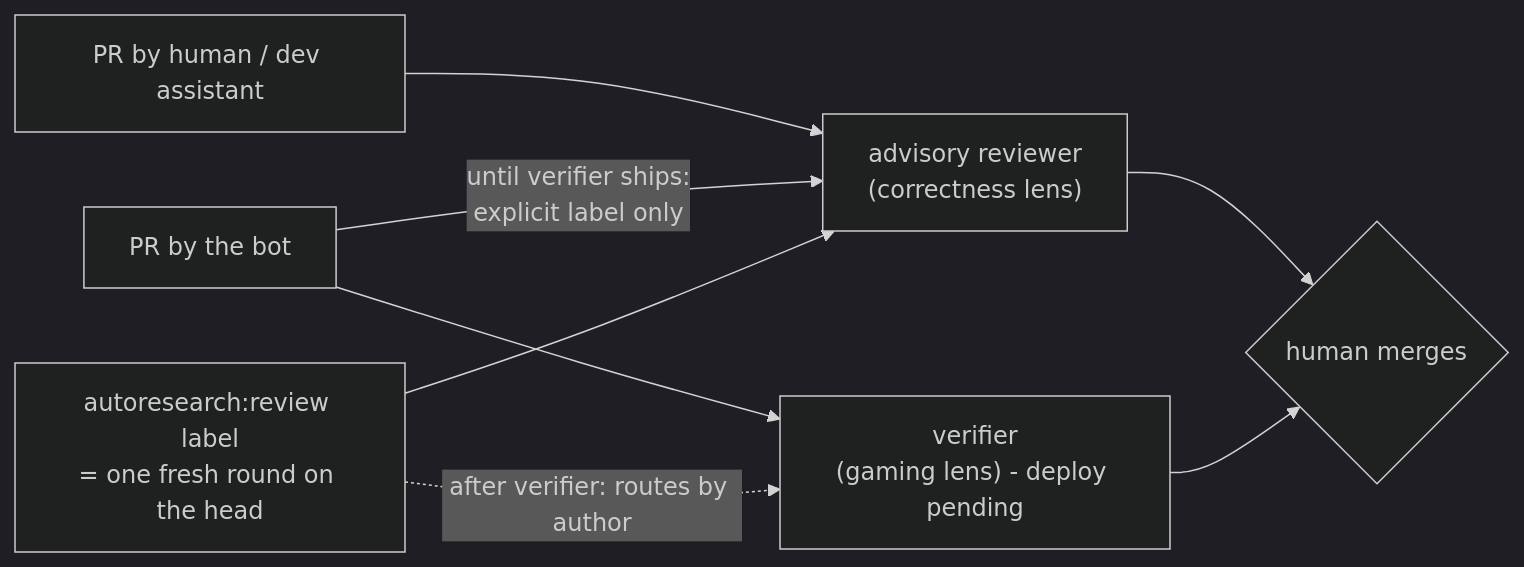
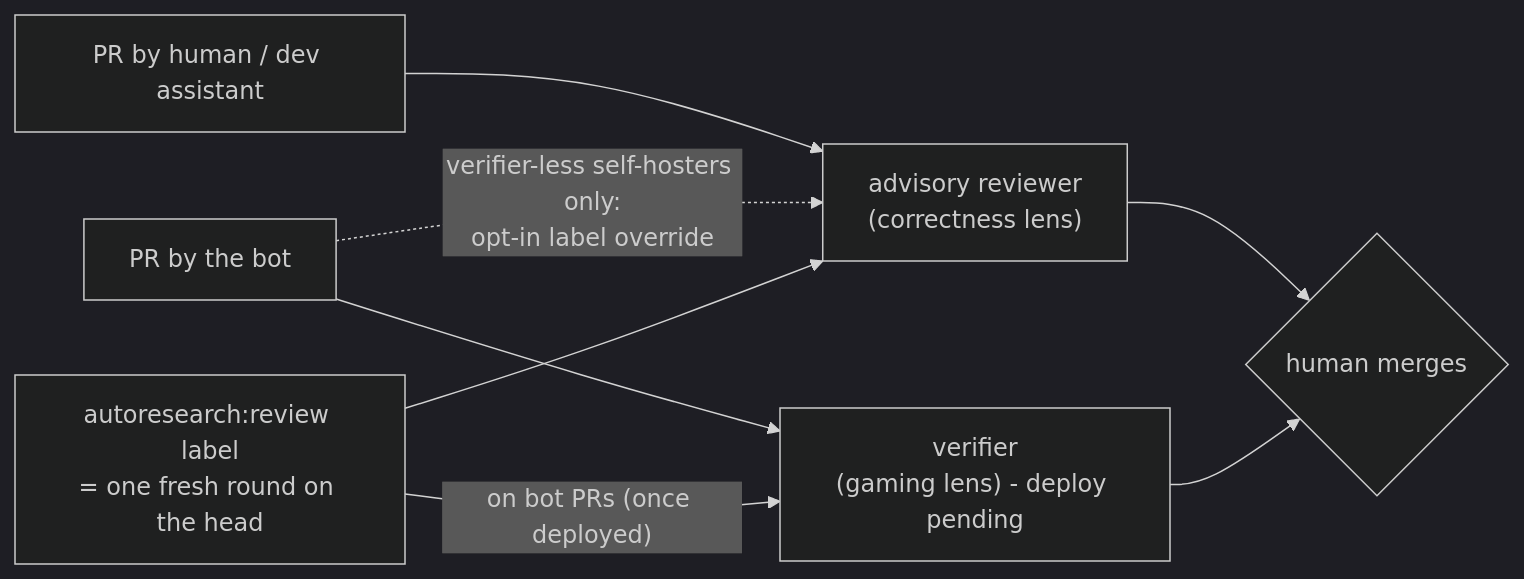
The fourth of 4 diagrams in docs/design/roles.md (outerloop-science/outerloop), drawn with Mermaid (dark theme) before and after one commit. The commit also changed 2 other files, not shown here.

Commit message:
Address round 1: attempt-bounded fan-out, defensive parsing, honest diagram
Ruler fetches are bounded by ATTEMPTS (MAX_RULER_FILES * 2), not
successes — a contract of 404ing module guesses cannot train requests
against the token's rate budget. verify() reads every model-output field
defensively (a degraded response skips cleanly instead of KeyError-ing
past EXPECTED_FAILURES), directory entries are read with .get throughout,
and the routing diagram now states the actual post-PR behavior (opt-in
override for verifier-less self-hosters; label -> verifier once deployed).

````diff
--- a/docs/design/roles.md
+++ b/docs/design/roles.md
@@ -189,10 +189,10 @@
 ```mermaid
 flowchart LR
     HPR["PR by human / dev assistant"] --> AR["advisory reviewer<br/>(correctness lens)"]
     BPR["PR by the bot"] --> VF["verifier<br/>(gaming lens) - deploy pending"]
-    BPR -->|"until verifier ships:<br/>explicit label only"| AR
+    BPR -.->|"verifier-less self-hosters only:<br/>opt-in label override"| AR
     AR --> HM{human merges}
     VF --> HM
     L["autoresearch:review label<br/>= one fresh round on the head"] --> AR
-    L -.->|"after verifier: routes by author"| VF
+    L -->|"on bot PRs (once deployed)"| VF
 ```
````
